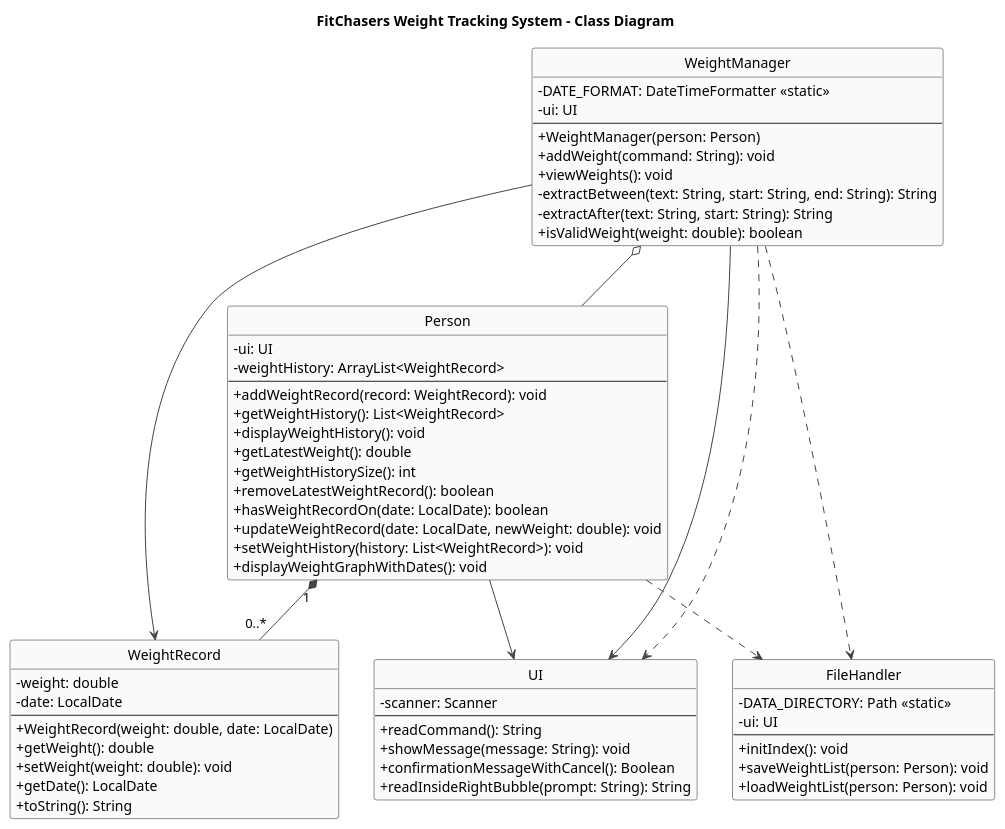
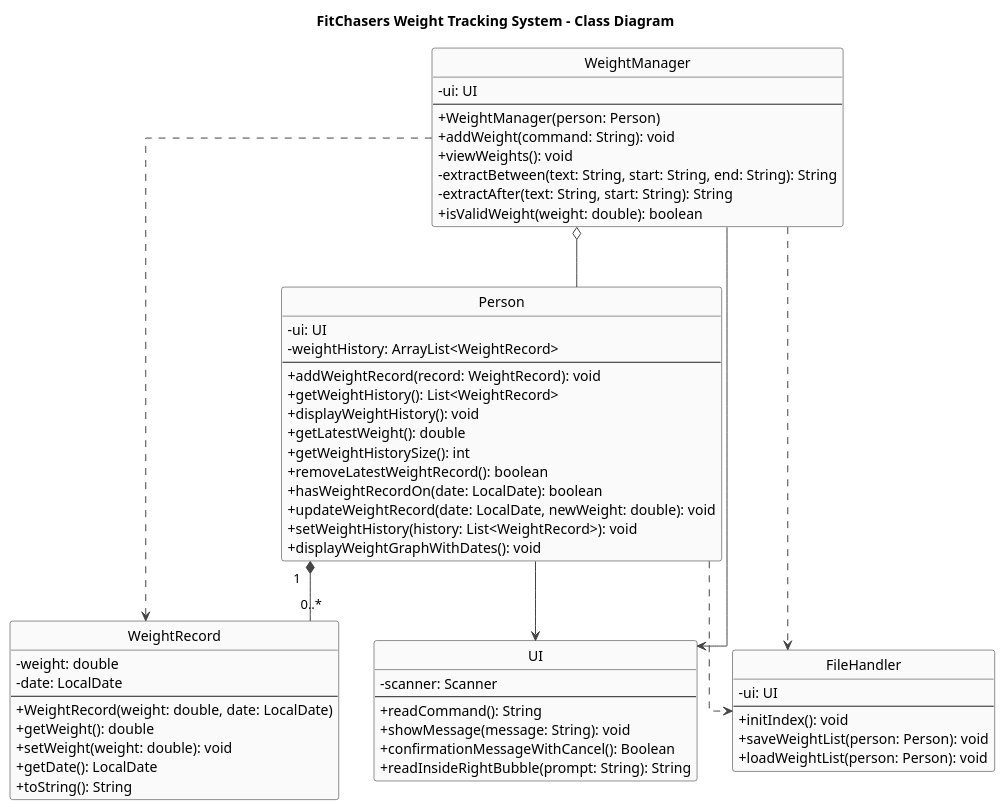
One commit to Exceptional-Khoi/tp changed the diagram in docs/diagrams/WeightManager_Class_Diagram.puml. Above: the diagram before and after it, drawn with PlantUML. The commit also changed 12 other files, not shown here.

Commit message:
Add object diagram

```diff
--- a/docs/diagrams/WeightManager_Class_Diagram.puml
+++ b/docs/diagrams/WeightManager_Class_Diagram.puml
@@ -1,85 +1,84 @@
 @startuml
 title FitChasers Weight Tracking System - Class Diagram
+
+skinparam linetype ortho
 skinparam shadowing false
 skinparam classAttributeIconSize 0
 skinparam ArrowColor #444
 skinparam ClassBorderColor #222
 skinparam ClassBackgroundColor #FAFAFA
 
 hide circle
 hide stereotype
 
 class WeightManager {
--DATE_FORMAT: DateTimeFormatter <<static>>
 -ui: UI
 --
 +WeightManager(person: Person)
 +addWeight(command: String): void
 +viewWeights(): void
 -extractBetween(text: String, start: String, end: String): String
 -extractAfter(text: String, start: String): String
 +isValidWeight(weight: double): boolean
 }
 
 class Person {
 -ui: UI
 -weightHistory: ArrayList<WeightRecord>
 --
 +addWeightRecord(record: WeightRecord): void
 +getWeightHistory(): List<WeightRecord>
 +displayWeightHistory(): void
 +getLatestWeight(): double
 +getWeightHistorySize(): int
 +removeLatestWeightRecord(): boolean
 +hasWeightRecordOn(date: LocalDate): boolean
 +updateWeightRecord(date: LocalDate, newWeight: double): void
 +setWeightHistory(history: List<WeightRecord>): void
 +displayWeightGraphWithDates(): void
 }
 
 class WeightRecord {
 -weight: double
 -date: LocalDate
 --
 +WeightRecord(weight: double, date: LocalDate)
 +getWeight(): double
 +setWeight(weight: double): void
 +getDate(): LocalDate
 +toString(): String
 }
 
 class UI {
 -scanner: Scanner
 --
 +readCommand(): String
 +showMessage(message: String): void
 +confirmationMessageWithCancel(): Boolean
 +readInsideRightBubble(prompt: String): String
 }
 
 class FileHandler {
--DATA_DIRECTORY: Path <<static>>
 -ui: UI
 --
 +initIndex(): void
 +saveWeightList(person: Person): void
 +loadWeightList(person: Person): void
 }
 
 ' ============== RELATIONSHIPS ==============
 ' Composition
 Person "1" *-- "0..*" WeightRecord
 
 ' Aggregation / Dependency
 WeightManager o-- Person
 WeightManager --> UI
 Person --> UI
 
 WeightManager ..> FileHandler
 Person ..> FileHandler
 
 ' Method calls
-WeightManager --> WeightRecord
-WeightManager ..> UI
+WeightManager ..> WeightRecord
 
 @enduml
```
